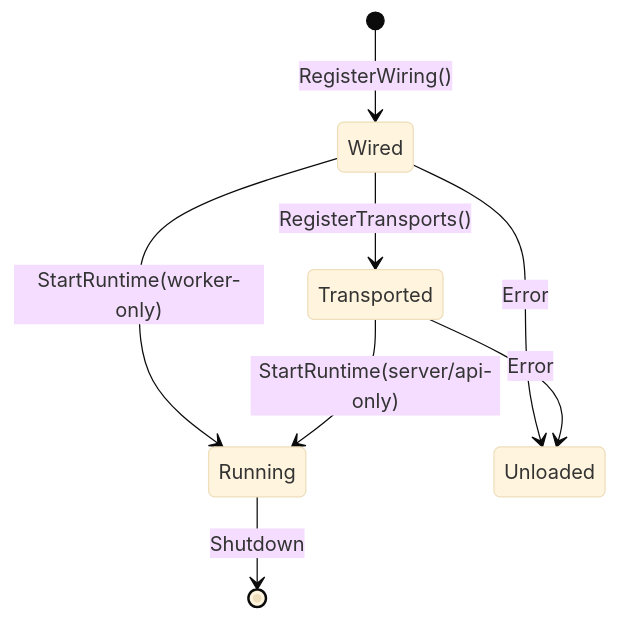
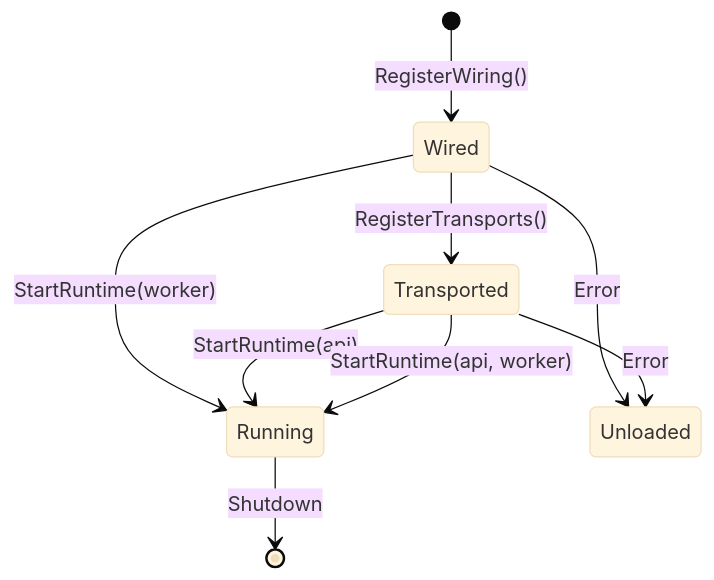
The first of 13 diagrams in docs/content/architecture/module-system.mdx (iota-uz/iota-sdk), drawn with Mermaid (base theme) before and after one commit. The commit also changed other lines of this file and 20 other files, not shown here.

````diff
--- a/docs/content/architecture/module-system.mdx
+++ b/docs/content/architecture/module-system.mdx
@@ -12,11 +12,12 @@
 ```mermaid
 stateDiagram-v2
     [*] --> Wired: RegisterWiring()
     Wired --> Transported: RegisterTransports()
-    Wired --> Running: StartRuntime(worker-only)
-    Transported --> Running: StartRuntime(server/api-only)
+    Wired --> Running: StartRuntime(worker)
+    Transported --> Running: StartRuntime(api)
+    Transported --> Running: StartRuntime(api, worker)
     Running --> [*]: Shutdown
      
     Wired --> Unloaded: Error
     Transported --> Unloaded: Error
 ```
````
